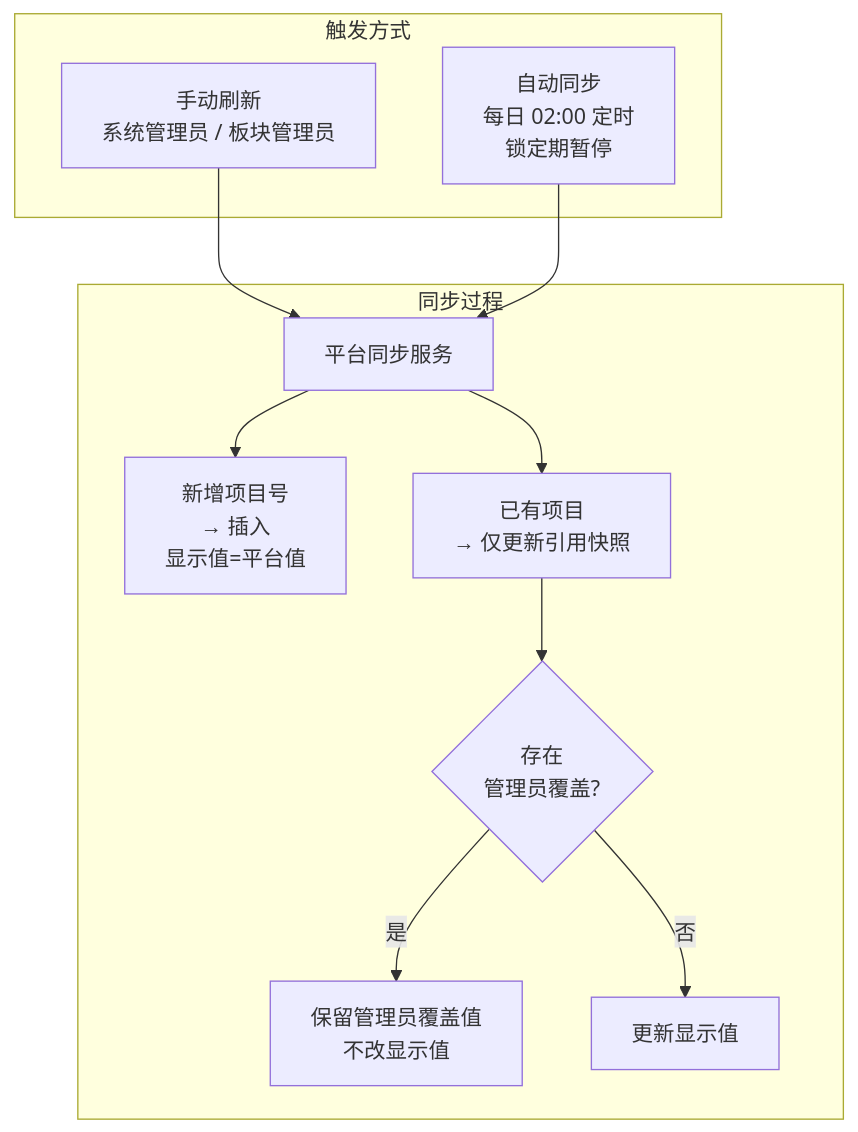
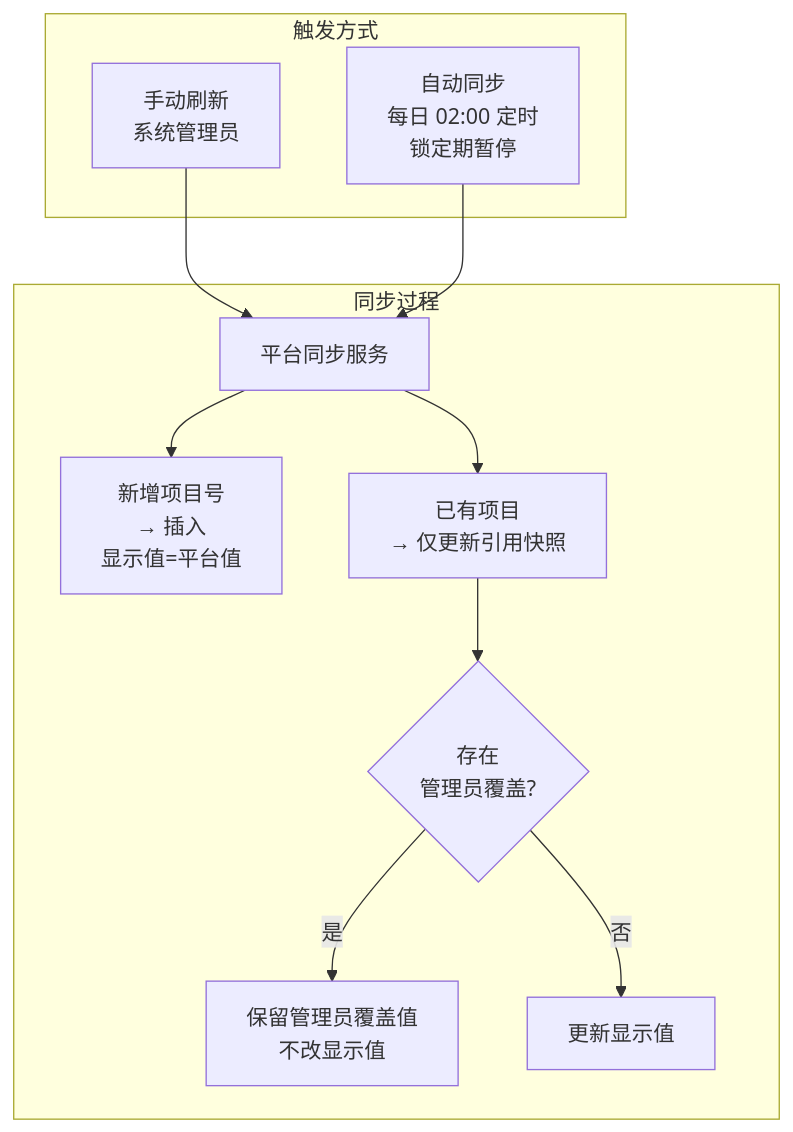
Before and after one commit to marcelxu0272/202605_project-tracking-table: diagram 11 of 14 in docs/需求文档/需求文档_产品版.md, drawn with Mermaid. The commit also changed other lines of this file and 8 other files, not shown here.

````diff
--- a/docs/需求文档/需求文档_产品版.md
+++ b/docs/需求文档/需求文档_产品版.md
@@ -1073,24 +1066,24 @@
 ```mermaid
 flowchart TD
     subgraph 触发方式
-        MANUAL["手动刷新<br/>系统管理员 / 板块管理员"]
+        MANUAL["手动刷新<br/>系统管理员"]
         AUTO["自动同步<br/>每日 02:00 定时<br/>锁定期暂停"]
     end
 
     subgraph 同步过程
         SYNC["平台同步服务"]
         NEW["新增项目号<br/>→ 插入<br/>显示值=平台值"]
         REF["已有项目<br/>→ 仅更新引用快照"]
         OVERRIDE{"存在<br/>管理员覆盖?"}
         KEEP["保留管理员覆盖值<br/>不改显示值"]
         UPDATE["更新显示值"]
     end
 
     MANUAL --> SYNC
     AUTO --> SYNC
     SYNC --> NEW
     SYNC --> REF
     REF --> OVERRIDE
     OVERRIDE -->|是| KEEP
     OVERRIDE -->|否| UPDATE
 ```
````
